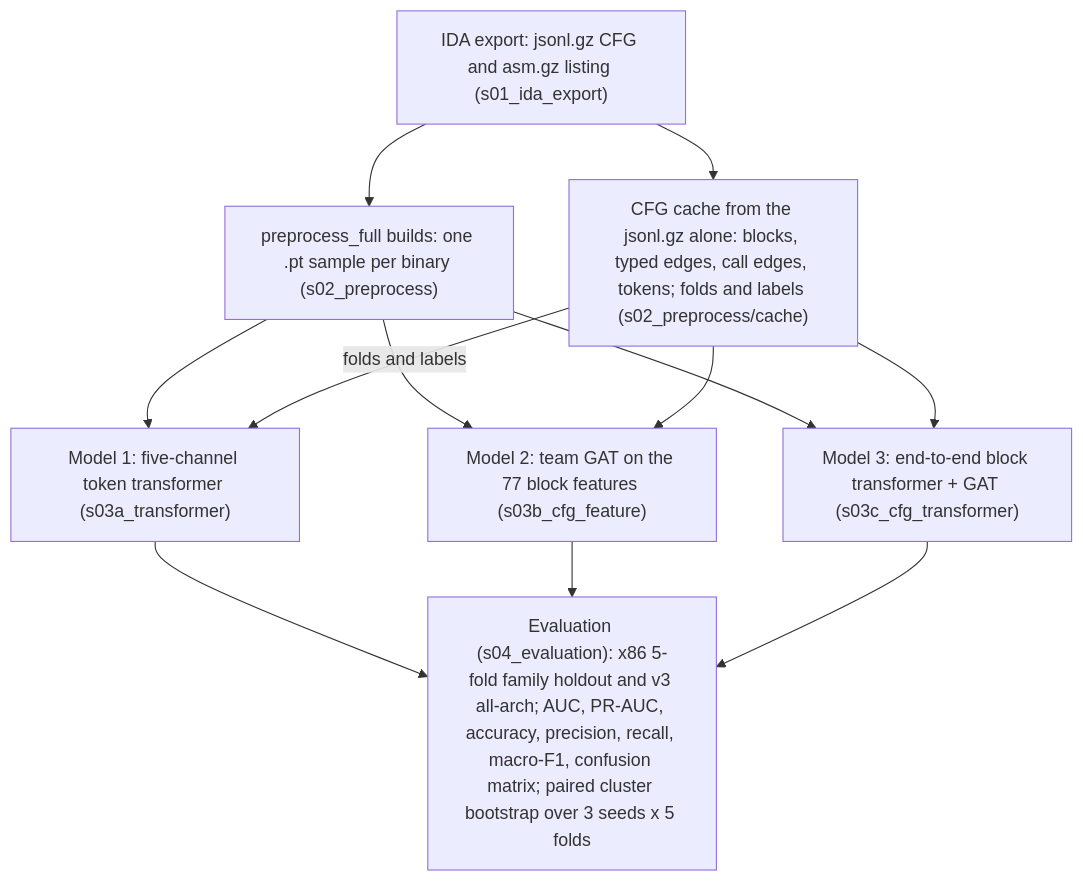
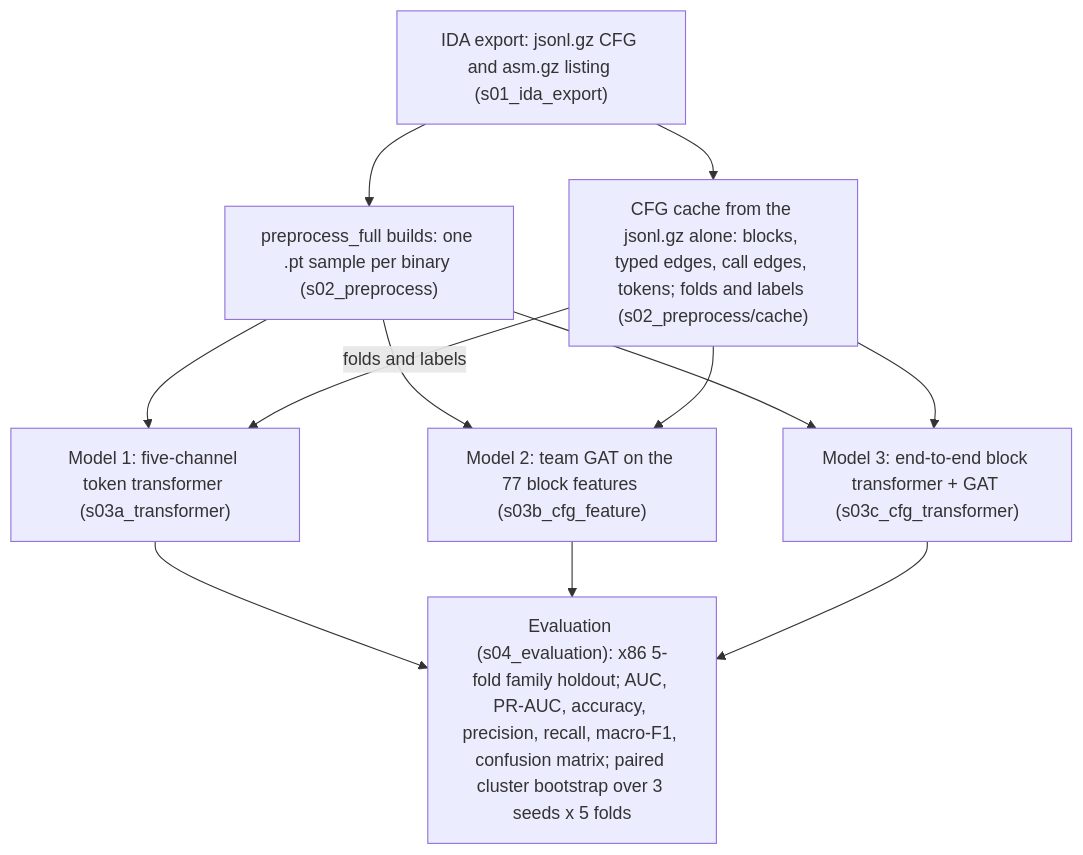
One commit to doroluo/ransomware-detection-masters-project changed the diagram in CT_GAT/pipeline/README.md. Above: the diagram before and after it, drawn with Mermaid. The commit also changed other lines of this file, not shown here.

````diff
--- a/CT_GAT/pipeline/README.md
+++ b/CT_GAT/pipeline/README.md
@@ -8,15 +13,15 @@
 ```mermaid
 flowchart TD
     A["IDA export: jsonl.gz CFG and asm.gz listing (s01_ida_export)"] --> P["preprocess_full builds: one .pt sample per binary (s02_preprocess)"]
     P --> M1["Model 1: five-channel token transformer (s03a_transformer)"]
     P --> M2["Model 2: team GAT on the 77 block features (s03b_cfg_feature)"]
     P --> M3["Model 3: end-to-end block transformer + GAT (s03c_cfg_transformer)"]
     A --> B["CFG cache from the jsonl.gz alone: blocks, typed edges, call edges, tokens; folds and labels (s02_preprocess/cache)"]
     B -->|"folds and labels"| M1
     B --> M2
     B --> M3
     M1 --> EV
     M2 --> EV
     M3 --> EV
-    EV["Evaluation (s04_evaluation): x86 5-fold family holdout and v3 all-arch; AUC, PR-AUC, accuracy, precision, recall, macro-F1, confusion matrix; paired cluster bootstrap over 3 seeds x 5 folds"]
+    EV["Evaluation (s04_evaluation): x86 5-fold family holdout; AUC, PR-AUC, accuracy, precision, recall, macro-F1, confusion matrix; paired cluster bootstrap over 3 seeds x 5 folds"]
 ```
````
